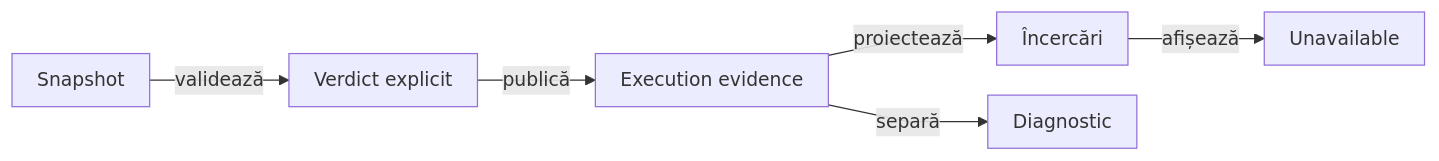
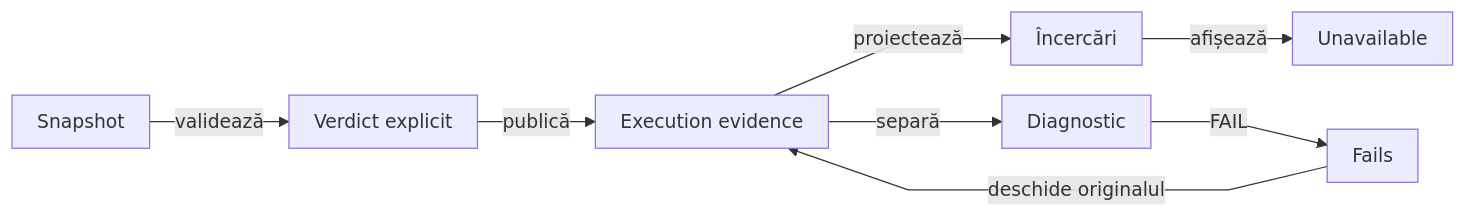
One commit to crististefanita/atf_j0 changed the fifth of 17 diagrams in atf-reporting/README.md. Above: the diagram before and after it, drawn with Mermaid. The commit also changed other lines of this file and 181 other files, not shown here.

````diff
--- a/atf-reporting/README.md
+++ b/atf-reporting/README.md
@@ -631,9 +668,11 @@
 ```mermaid
 %%{init: {"themeVariables":{"fontSize":"15px"},"themeCSS":".nodeLabel, .nodeLabel p { font-size: 15px !important; line-height: 1.35 !important; } .edgeLabel, .edgeLabel p { font-size: 12px !important; font-weight: 400 !important; line-height: 1.2 !important; } .edgeLabel .labelBkg, .edgeLabel p { background: transparent !important; } .edgeLabel foreignObject { transform: translateY(-18px); overflow: visible; } .node rect { rx: 6px; ry: 6px; }","flowchart":{"curve":"linear","nodeSpacing":24,"rankSpacing":40,"padding":10,"diagramPadding":16}}}%%
 flowchart LR
     Snapshot["Snapshot"] -->|validează| Verdict["Verdict explicit"]
     Verdict -->|publică| Evidence["Execution evidence"]
     Evidence -->|proiectează| History["Încercări"]
     Evidence -->|separă| Diagnostic["Diagnostic"]
     History -->|afișează| Missing["Unavailable"]
+    Diagnostic -->|FAIL| Index["Fails"]
+    Index -->|deschide originalul| Evidence
 ```
````
